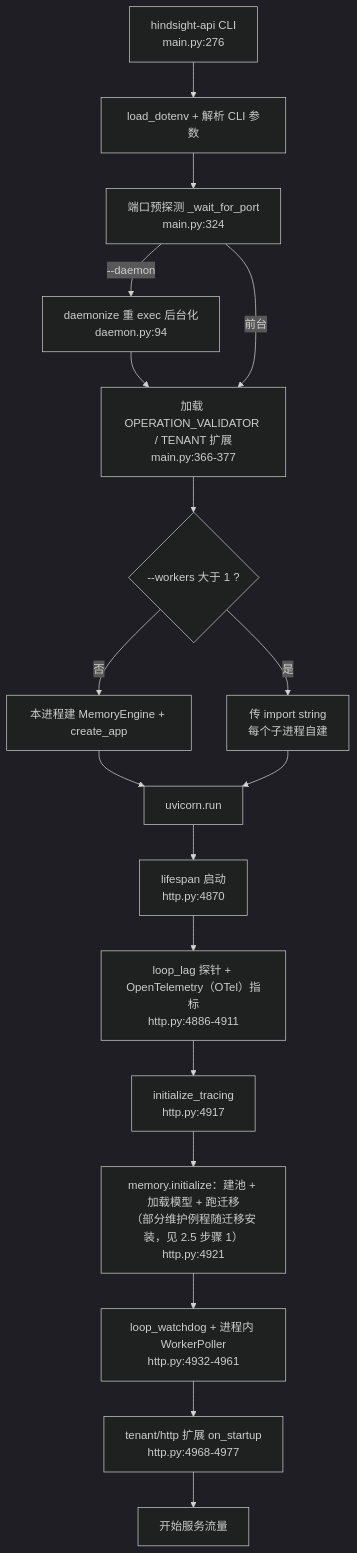
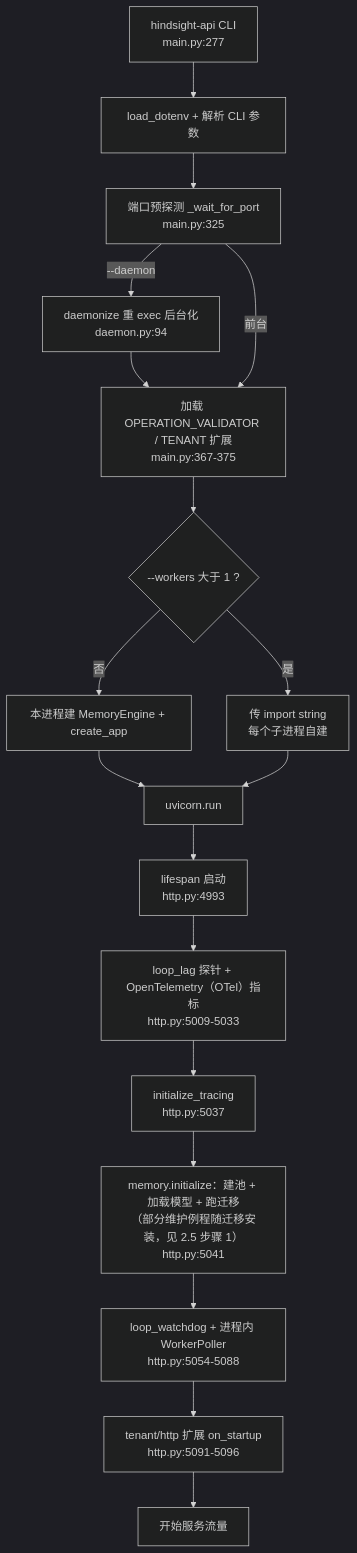
The second of 7 diagrams in docs/hindsight/source-study/06-api-层与服务形态.md (stefanv5/memory-platform-architecture), drawn with Mermaid (dark theme) before and after one commit. The commit also changed other lines of this file and 7 other files, not shown here.

````diff
--- a/docs/hindsight/source-study/06-api-层与服务形态.md
+++ b/docs/hindsight/source-study/06-api-层与服务形态.md
@@ -156,20 +165,20 @@
 ```mermaid
 flowchart TD
-    A["hindsight-api CLI<br/>main.py:276"] --> B["load_dotenv + 解析 CLI 参数"]
-    B --> C["端口预探测 _wait_for_port<br/>main.py:324"]
+    A["hindsight-api CLI<br/>main.py:277"] --> B["load_dotenv + 解析 CLI 参数"]
+    B --> C["端口预探测 _wait_for_port<br/>main.py:325"]
     C -->|"--daemon"| D["daemonize 重 exec 后台化<br/>daemon.py:94"]
     D --> E
-    C -->|"前台"| E["加载 OPERATION_VALIDATOR / TENANT 扩展<br/>main.py:366-377"]
+    C -->|"前台"| E["加载 OPERATION_VALIDATOR / TENANT 扩展<br/>main.py:367-375"]
     E --> F{"--workers 大于 1 ?"}
     F -->|"否"| G["本进程建 MemoryEngine + create_app"]
     F -->|"是"| H["传 import string<br/>每个子进程自建"]
     G --> I["uvicorn.run"]
     H --> I
-    I --> J["lifespan 启动<br/>http.py:4870"]
-    J --> K["loop_lag 探针 + OpenTelemetry（OTel）指标<br/>http.py:4886-4911"]
-    K --> L["initialize_tracing<br/>http.py:4917"]
-    L --> M["memory.initialize：建池 + 加载模型 + 跑迁移<br/>（部分维护例程随迁移安装，见 2.5 步骤 1）<br/>http.py:4921"]
-    M --> N["loop_watchdog + 进程内 WorkerPoller<br/>http.py:4932-4961"]
-    N --> O["tenant/http 扩展 on_startup<br/>http.py:4968-4977"]
+    I --> J["lifespan 启动<br/>http.py:4993"]
+    J --> K["loop_lag 探针 + OpenTelemetry（OTel）指标<br/>http.py:5009-5033"]
+    K --> L["initialize_tracing<br/>http.py:5037"]
+    L --> M["memory.initialize：建池 + 加载模型 + 跑迁移<br/>（部分维护例程随迁移安装，见 2.5 步骤 1）<br/>http.py:5041"]
+    M --> N["loop_watchdog + 进程内 WorkerPoller<br/>http.py:5054-5088"]
+    N --> O["tenant/http 扩展 on_startup<br/>http.py:5091-5096"]
     O --> P["开始服务流量"]
 ```
````
